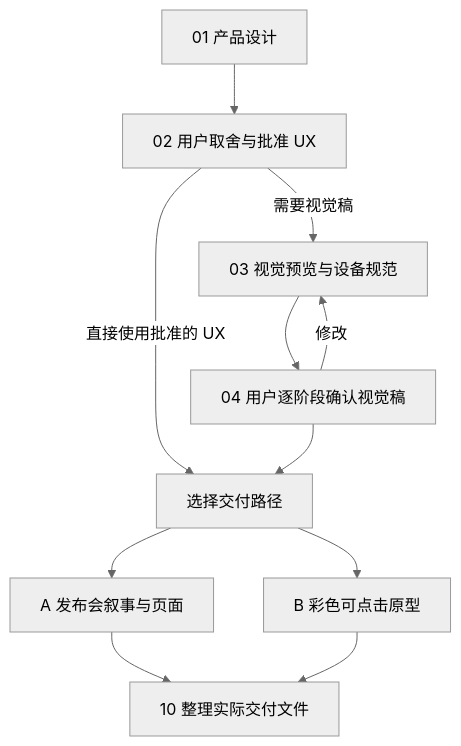
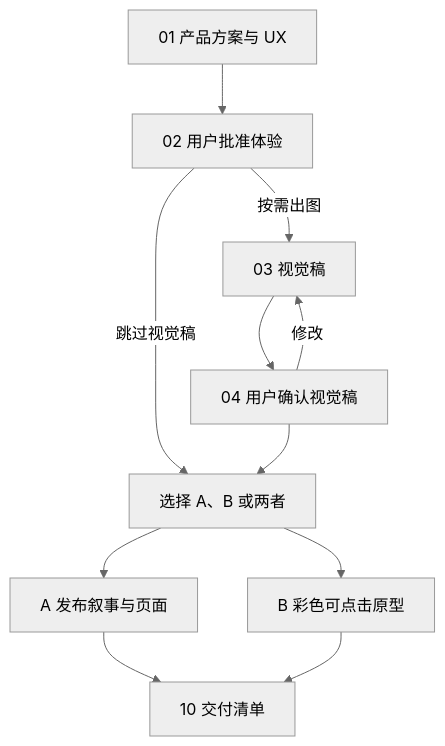
The diagram in docs/产品发布叙事与讲解词skill使用说明书.md (lwyjames/craft-product-keynote-narrative), drawn with Mermaid (neutral theme) before and after one commit. The commit also changed other lines of this file, not shown here.

````diff
--- a/docs/产品发布叙事与讲解词skill使用说明书.md
+++ b/docs/产品发布叙事与讲解词skill使用说明书.md
@@ -9,13 +25,13 @@
 ```mermaid
 flowchart TB
-    P01["01 产品设计"] --> P02["02 用户取舍与批准 UX"]
-    P02 -->|"需要视觉稿"| P03["03 视觉预览与设备规范"]
-    P03 --> P04["04 用户逐阶段确认视觉稿"]
-    P04 -->|"修改"| P03
-    P02 -->|"直接使用批准的 UX"| G["选择交付路径"]
-    P04 --> G
-    G --> A["A 发布会叙事与页面"]
+    U1["01 产品方案与 UX"] --> U2["02 用户批准体验"]
+    U2 -->|"按需出图"| V3["03 视觉稿"]
+    V3 --> V4["04 用户确认视觉稿"]
+    V4 -->|"修改"| V3
+    U2 -->|"跳过视觉稿"| G["选择 A、B 或两者"]
+    V4 --> G
+    G --> A["A 发布叙事与页面"]
     G --> B["B 彩色可点击原型"]
-    A --> Z["10 整理实际交付文件"]
-    B --> Z
+    A --> D["10 交付清单"]
+    B --> D
 ```
````
